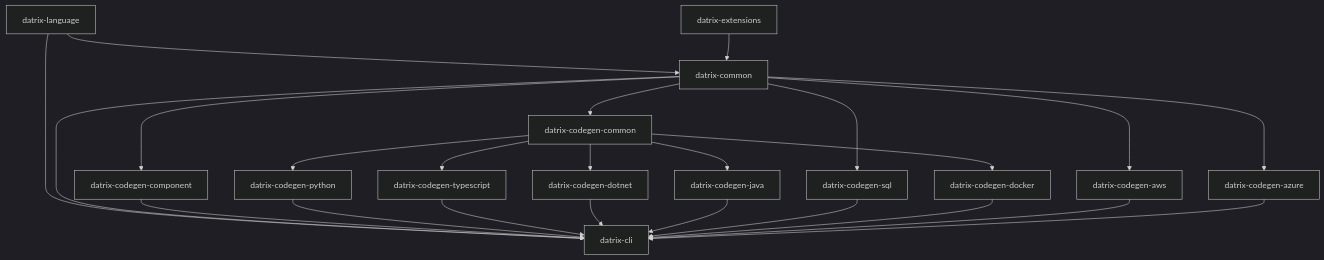
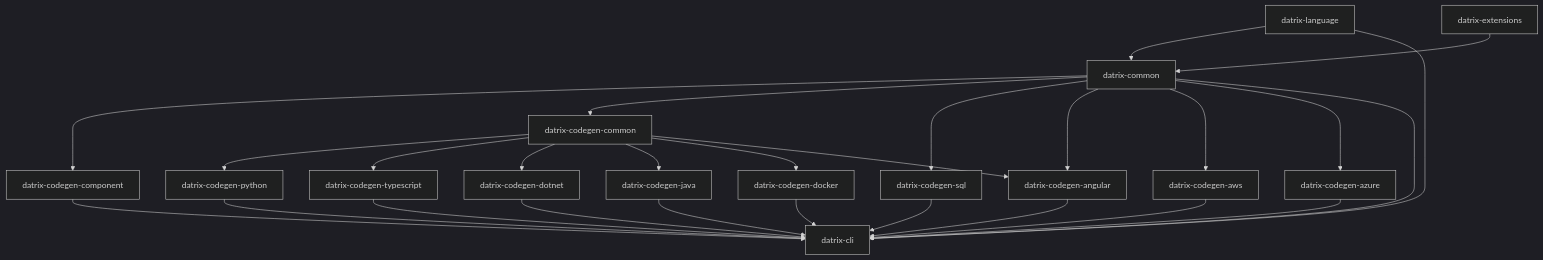
The diagram in docs/architecture/architecture-overview.md (keturk/datrix), drawn with Mermaid (dark theme) before and after one commit. The commit also changed other lines of this file and 64 other files, not shown here.

````diff
--- a/docs/architecture/architecture-overview.md
+++ b/docs/architecture/architecture-overview.md
@@ -68,27 +68,30 @@
 ```mermaid
 graph TD
  A[datrix-common]
  B[datrix-language] --> A
  L[datrix-extensions] --> A
  A --> CC[datrix-codegen-component]
  A --> CGC[datrix-codegen-common]
  CGC --> D[datrix-codegen-python]
  CGC --> E[datrix-codegen-typescript]
  CGC --> M[datrix-codegen-dotnet]
  CGC --> N[datrix-codegen-java]
  A --> F[datrix-codegen-sql]
  CGC --> G[datrix-codegen-docker]
+ A --> ANG[datrix-codegen-angular]
+ CGC --> ANG
+ ANG --> K
  A --> I[datrix-codegen-aws]
  A --> J[datrix-codegen-azure]
  B --> K[datrix-cli]
  A --> K
  CC --> K
  D --> K
  E --> K
  M --> K
  N --> K
  F --> K
  G --> K
  I --> K
  J --> K
 ```
````
